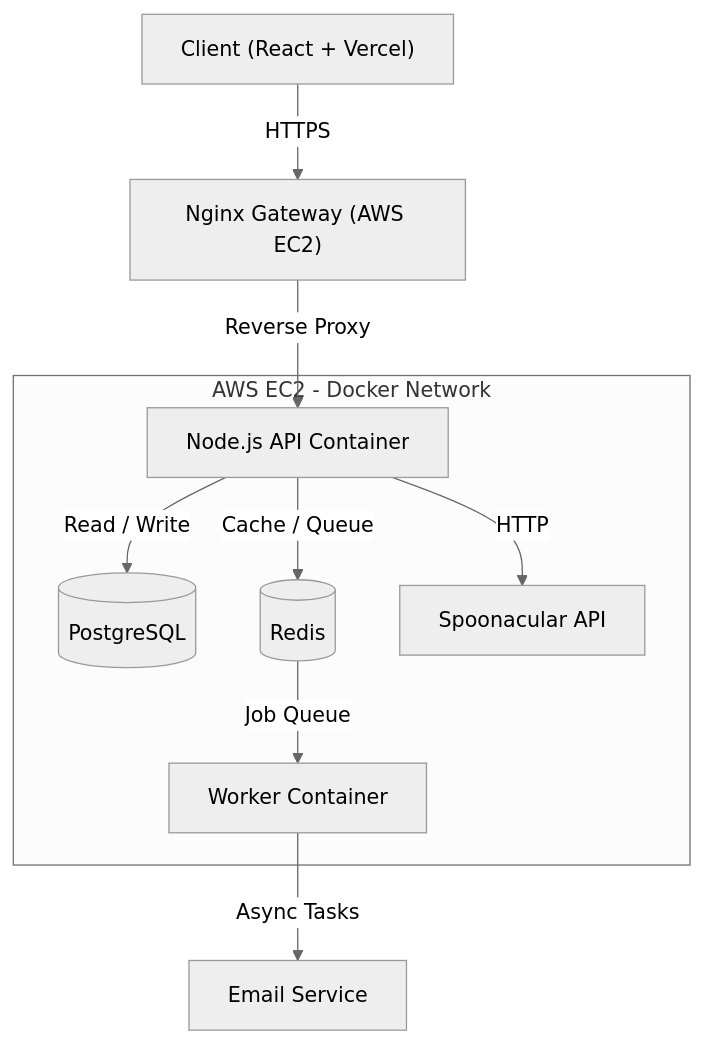
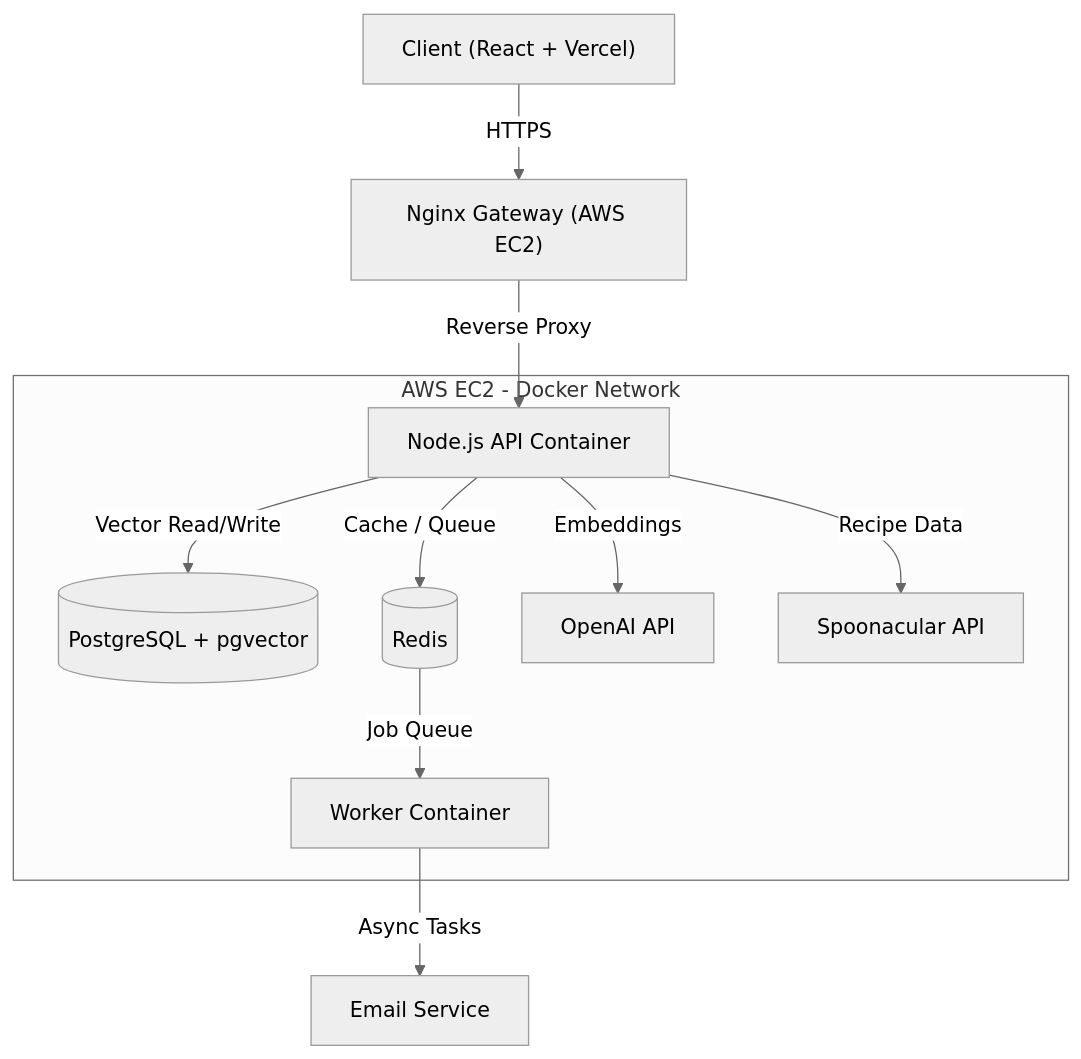
Before and after one commit to ankhanhdau/meal-match: the diagram in README.md, drawn with Mermaid (neutral theme). The commit also changed other lines of this file, not shown here.

First line of the commit message:
Enhance README with AI capabilities and architecture details

````diff
--- a/README.md
+++ b/README.md
@@ -19,15 +19,16 @@
 ```mermaid
 graph TD
     Client["Client (React + Vercel)"] -->|HTTPS| Nginx["Nginx Gateway (AWS EC2)"]
     Nginx -->|Reverse Proxy| API["Node.js API Container"]
 
     subgraph Docker_Network["AWS EC2 - Docker Network"]
-        API -->|Read / Write| DB[(PostgreSQL)]
+        API -->|Vector Read/Write| DB[(PostgreSQL + pgvector)]
         API -->|Cache / Queue| Redis[(Redis)]
-        API -->|HTTP| Spoonacular["Spoonacular API"]
+        API -->|Embeddings| OpenAI["OpenAI API"]
+        API -->|Recipe Data| Spoonacular["Spoonacular API"]
 
         Redis -->|Job Queue| Worker["Worker Container"]
     end
 
     Worker -->|Async Tasks| Email["Email Service"]
 ```
````
